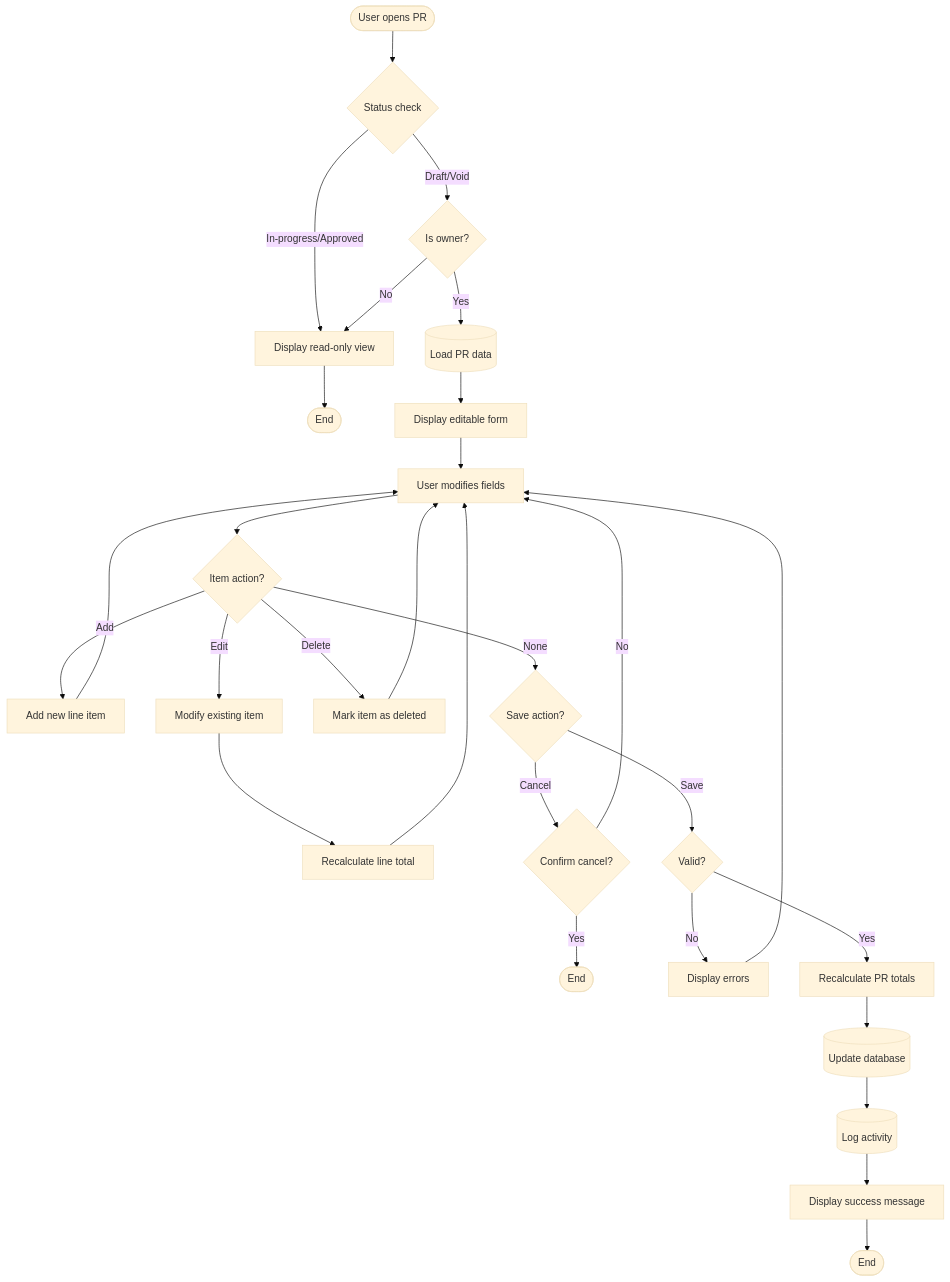
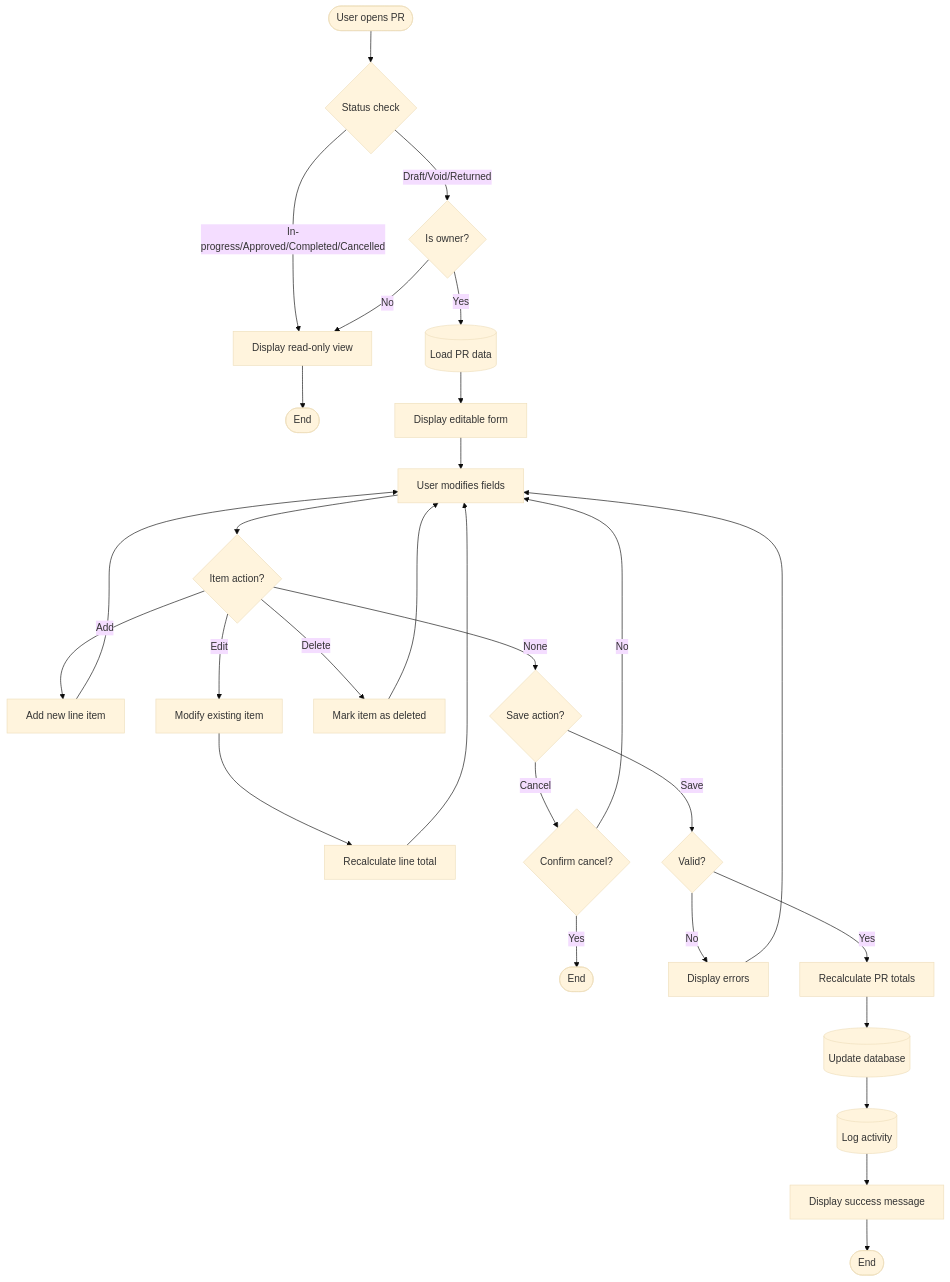
Before and after one commit to CarmenSoftware-organization/carmen: the third of 47 diagrams in docs/app/procurement/purchase-requests/FD-purchase-requests.md, drawn with Mermaid (base theme). The commit also changed other lines of this file and 27 other files, not shown here.

````diff
--- a/docs/app/procurement/purchase-requests/FD-purchase-requests.md
+++ b/docs/app/procurement/purchase-requests/FD-purchase-requests.md
@@ -146,39 +153,39 @@
 ```mermaid
 flowchart TD
     Start([User opens PR]) --> CheckStatus{Status check}
-    CheckStatus -->|In-progress/Approved| ShowReadOnly[Display read-only view]
+    CheckStatus -->|In-progress/Approved/Completed/Cancelled| ShowReadOnly[Display read-only view]
     ShowReadOnly --> End1([End])
 
-    CheckStatus -->|Draft/Void| CheckOwner{Is owner?}
+    CheckStatus -->|Draft/Void/Returned| CheckOwner{Is owner?}
     CheckOwner -->|No| ShowReadOnly
 
     CheckOwner -->|Yes| LoadPR[(Load PR data)]
     LoadPR --> DisplayForm[Display editable form]
     DisplayForm --> EditFields[User modifies fields]
 
     EditFields --> ItemActions{Item action?}
     ItemActions -->|Add| AddItem[Add new line item]
     AddItem --> EditFields
 
     ItemActions -->|Edit| ModifyItem[Modify existing item]
     ModifyItem --> RecalcLine[Recalculate line total]
     RecalcLine --> EditFields
 
     ItemActions -->|Delete| DeleteItem[Mark item as deleted]
     DeleteItem --> EditFields
 
     ItemActions -->|None| SaveAction{Save action?}
     SaveAction -->|Cancel| ConfirmCancel{Confirm cancel?}
     ConfirmCancel -->|Yes| End2([End])
     ConfirmCancel -->|No| EditFields
 
     SaveAction -->|Save| Validate{Valid?}
     Validate -->|No| ShowErrors[Display errors]
     ShowErrors --> EditFields
 
     Validate -->|Yes| RecalcTotals[Recalculate PR totals]
     RecalcTotals --> UpdateDB[(Update database)]
     UpdateDB --> LogActivity[(Log activity)]
     LogActivity --> Success[Display success message]
     Success --> End3([End])
 ```
````
